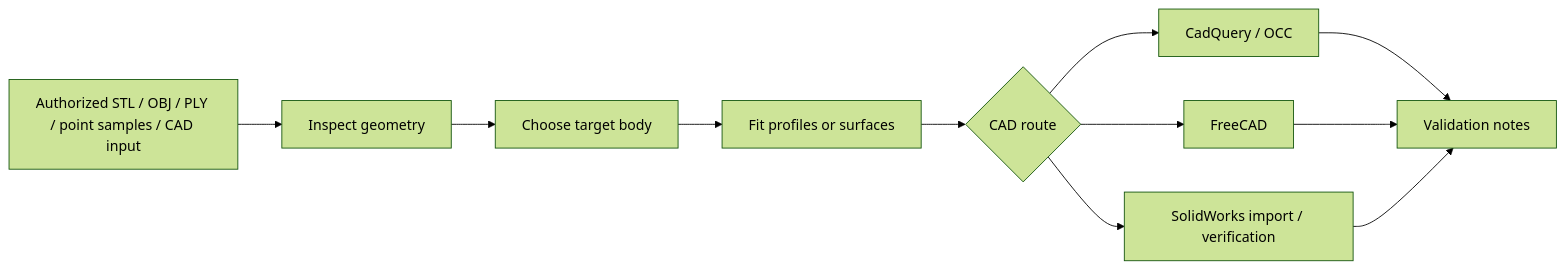
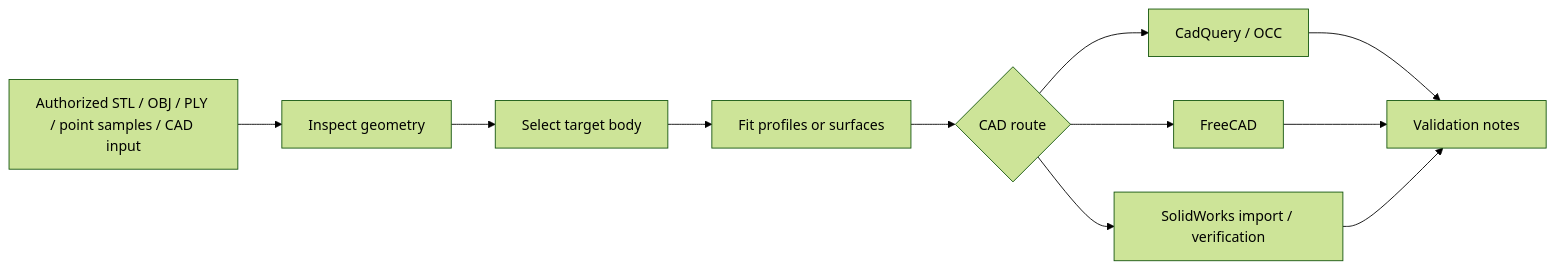
One commit to 18871379330/curved-surface-reconstruction changed the first of 2 diagrams in README.md. Above: the diagram before and after it, drawn with Mermaid (forest theme). The commit also changed other lines of this file, not shown here.

````diff
--- a/README.md
+++ b/README.md
@@ -78,13 +78,13 @@
 ```mermaid
 graph LR
   A[Authorized STL / OBJ / PLY / point samples / CAD input] --> B[Inspect geometry]
-  B --> C[Choose target body]
+  B --> C[Select target body]
   C --> D[Fit profiles or surfaces]
   D --> E{CAD route}
   E --> F[CadQuery / OCC]
   E --> G[FreeCAD]
   E --> H[SolidWorks import / verification]
   F --> I[Validation notes]
   G --> I
   H --> I
 ```
````
